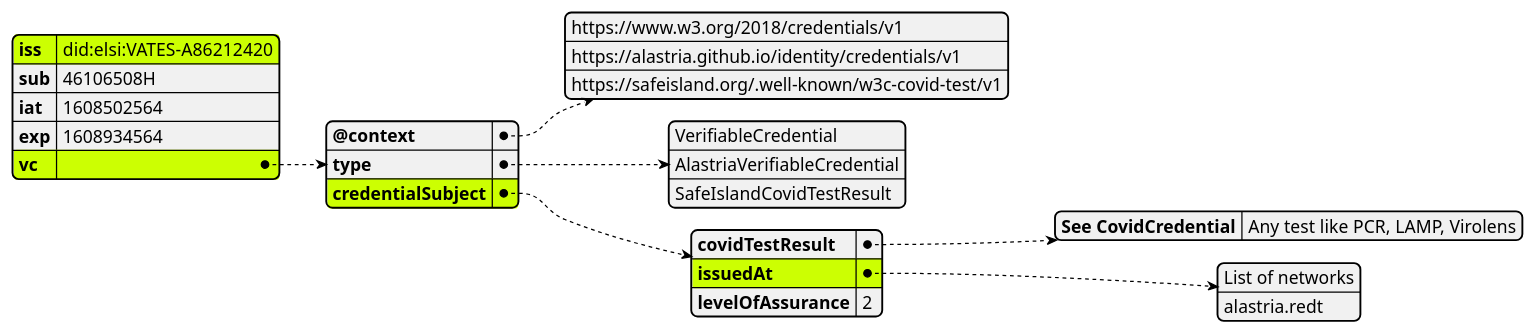
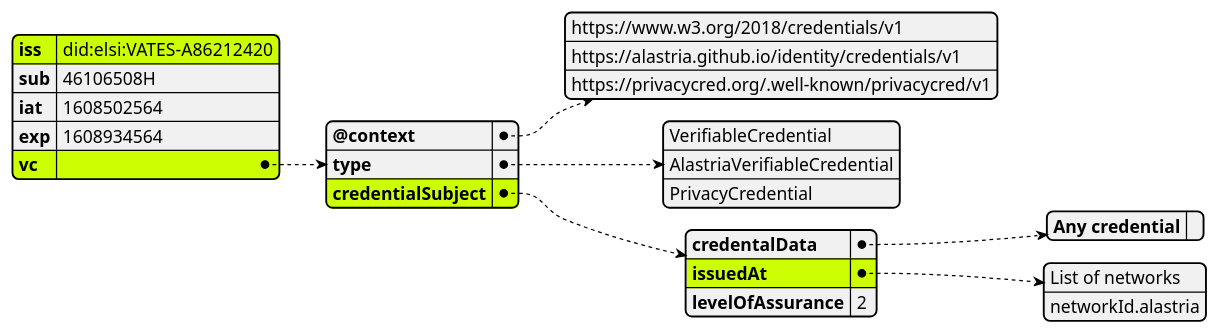
One commit to hesusruiz/PrivacyCred changed the first of 2 diagrams in images/SafeIsland_VCSample.puml. Above: the diagram before and after it, drawn with PlantUML. The commit also changed 3 other files, not shown here.

```diff
--- a/images/SafeIsland_VCSample.puml
+++ b/images/SafeIsland_VCSample.puml
@@ -1,35 +1,35 @@
 @startjson SafeIsland_VCSample
 #highlight "iss"
 #highlight "vc"
 #highlight "vc" / "credentialSubject"
 #highlight "vc" / "credentialSubject" / "issuedAt"
 
 {
       "iss": "did:elsi:VATES-A86212420",
       "sub": "46106508H",
       "iat": 1608502564,
       "exp": 1608934564,
       "vc": {
             "@context": [
                   "https://www.w3.org/2018/credentials/v1",
                   "https://alastria.github.io/identity/credentials/v1",
-                  "https://safeisland.org/.well-known/w3c-covid-test/v1"
+                  "https://privacycred.org/.well-known/privacycred/v1"
             ],
             "type": [
                   "VerifiableCredential",
                   "AlastriaVerifiableCredential",
-                  "SafeIslandCovidTestResult"
+                  "PrivacyCredential"
             ],
             "credentialSubject": {
-                  "covidTestResult": {
-                        "See CovidCredential": "Any test like PCR, LAMP, Virolens"
+                  "credentalData": {
+                        "Any credential": ""
                   },
                   "issuedAt": [
                         "List of networks",
-                        "alastria.redt"
+                        "networkId.alastria"
                   ],
                   "levelOfAssurance": 2
             }
       }
 }
 @endjson
```
